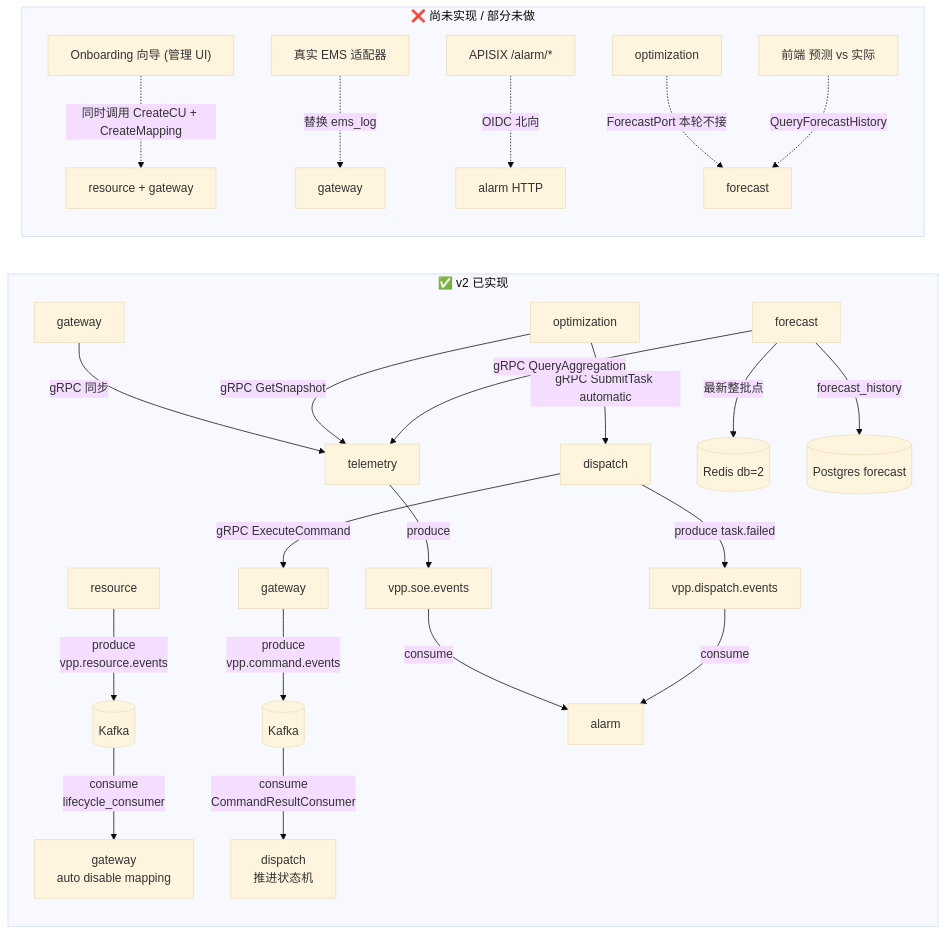
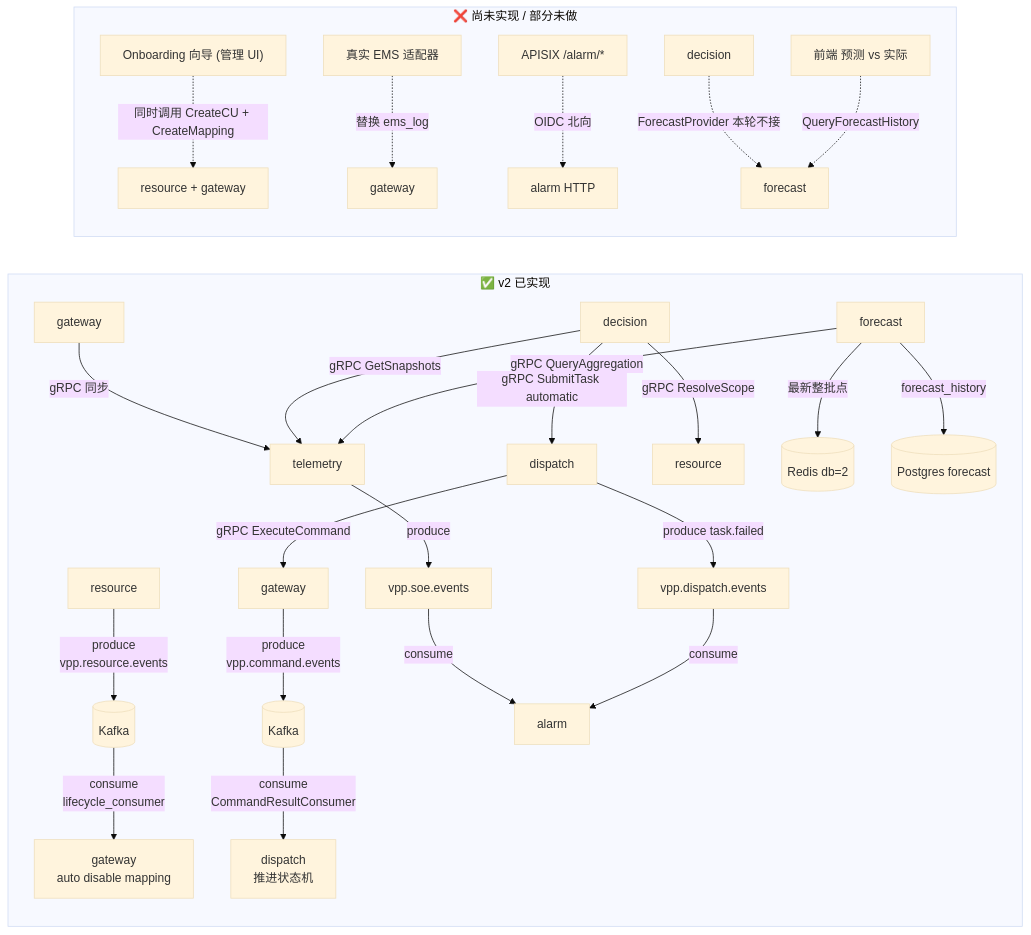
One commit to mushroomyuan/vpp-backend changed the second of 2 diagrams in architecture.md. Above: the diagram before and after it, drawn with Mermaid (base theme). The commit also changed other lines of this file and 230 other files, not shown here.

First line of the commit message:
feat(decision): replace optimization with a persisted decision service

````diff
--- a/architecture.md
+++ b/architecture.md
@@ -251,53 +255,55 @@
 ```mermaid
 
 flowchart LR
 
     subgraph Implemented["✅ v2 已实现"]
 
         G1[gateway] -->|gRPC 同步| T1[telemetry]
 
         T1 -->|produce| K1["vpp.soe.events"]
 
         R2[resource] -->|produce<br/>vpp.resource.events| K2[("Kafka")]
 
         K2 -->|consume<br/>lifecycle_consumer| G2[gateway<br/>auto disable mapping]
 
         D1[dispatch] -->|gRPC ExecuteCommand| G3[gateway]
 
         G3 -->|produce<br/>vpp.command.events| K3[("Kafka")]
 
         K3 -->|consume<br/>CommandResultConsumer| D2[dispatch<br/>推进状态机]
 
         K1 -->|consume| A1[alarm]
 
         D1 -->|produce task.failed| K5["vpp.dispatch.events"]
 
         K5 -->|consume| A1
 
-        O1[optimization] -->|gRPC GetSnapshot| T1
+        Dec1[decision] -->|gRPC ResolveScope| R1[resource]
 
-        O1 -->|gRPC SubmitTask automatic| D1
+        Dec1 -->|gRPC GetSnapshots| T1
+
+        Dec1 -->|gRPC SubmitTask automatic| D1
 
         F1[forecast] -->|gRPC QueryAggregation| T1
 
         F1 -->|最新整批点| Redis2[("Redis db=2")]
 
         F1 -->|forecast_history| PGf[("Postgres forecast")]
 
     end
 
     subgraph Future["❌ 尚未实现 / 部分未做"]
 
         OnboardingUI["Onboarding 向导 (管理 UI)"] -.->|同时调用 CreateCU + CreateMapping| Both["resource + gateway"]
 
         RealEMS["真实 EMS 适配器"] -.->|替换 ems_log| G4[gateway]
 
         AlarmAPI["APISIX /alarm/*"] -.->|OIDC 北向| A2[alarm HTTP]
 
-        O2[optimization] -.->|ForecastPort 本轮不接| F2[forecast]
+        Dec2[decision] -.->|ForecastProvider 本轮不接| F2[forecast]
 
         ChartUI["前端 预测 vs 实际"] -.->|QueryForecastHistory| F2
 
     end
 
 ```
````
